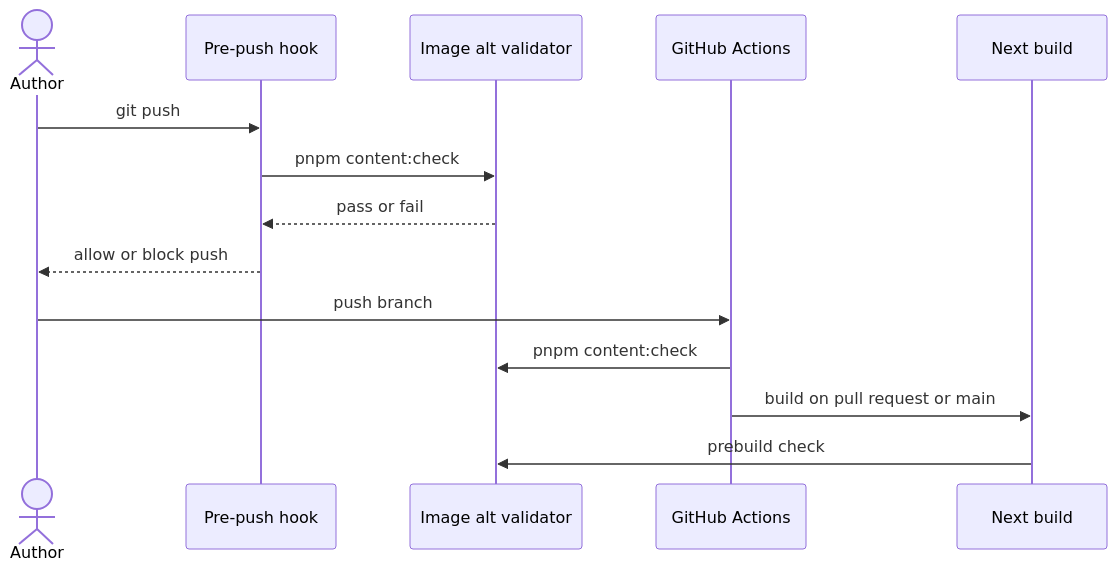
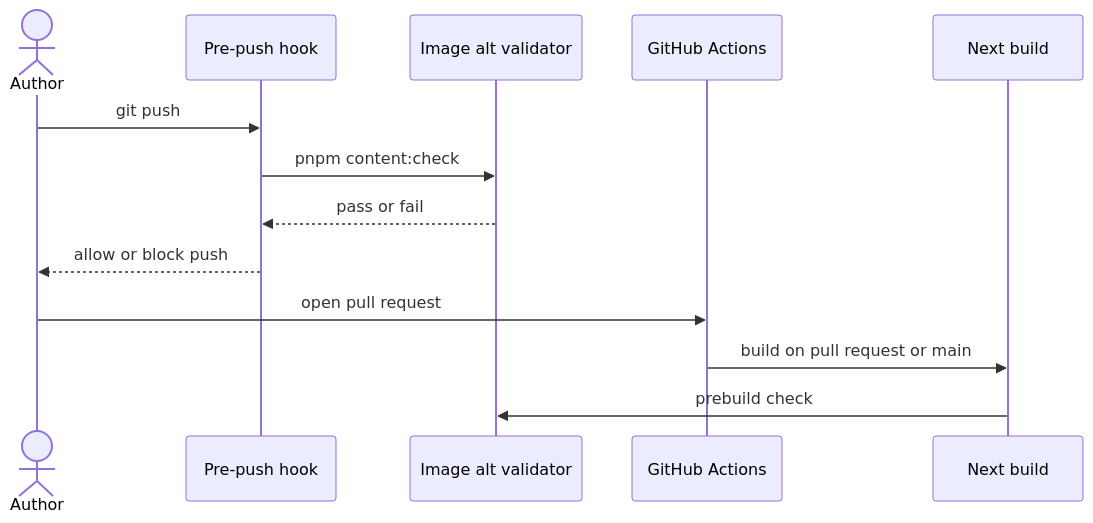
The diagram in docs/reference/design/accessibility.md (WillieCubed/website), drawn with Mermaid before and after one commit. The commit also changed other lines of this file and 2 other files, not shown here.

````diff
--- a/docs/reference/design/accessibility.md
+++ b/docs/reference/design/accessibility.md
@@ -73,16 +73,15 @@
 ```mermaid
 sequenceDiagram
   actor Author
   participant Hook as Pre-push hook
   participant Check as Image alt validator
   participant CI as GitHub Actions
   participant Build as Next build
   Author->>Hook: git push
   Hook->>Check: pnpm content:check
   Check-->>Hook: pass or fail
   Hook-->>Author: allow or block push
-  Author->>CI: push branch
-  CI->>Check: pnpm content:check
+  Author->>CI: open pull request
   CI->>Build: build on pull request or main
   Build->>Check: prebuild check
 ```
````
